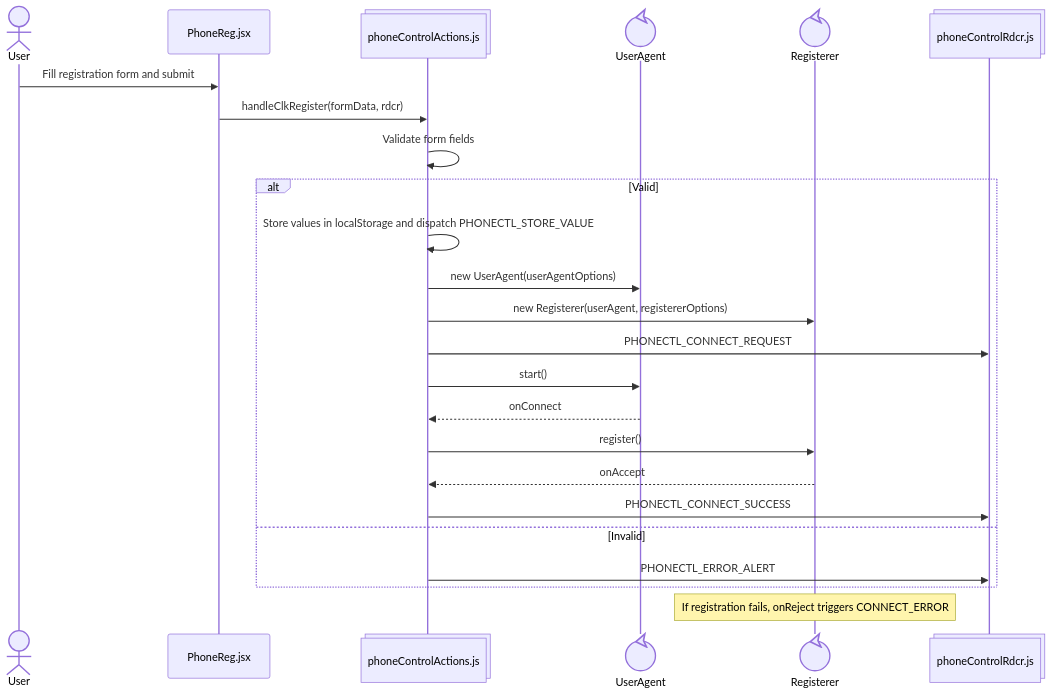
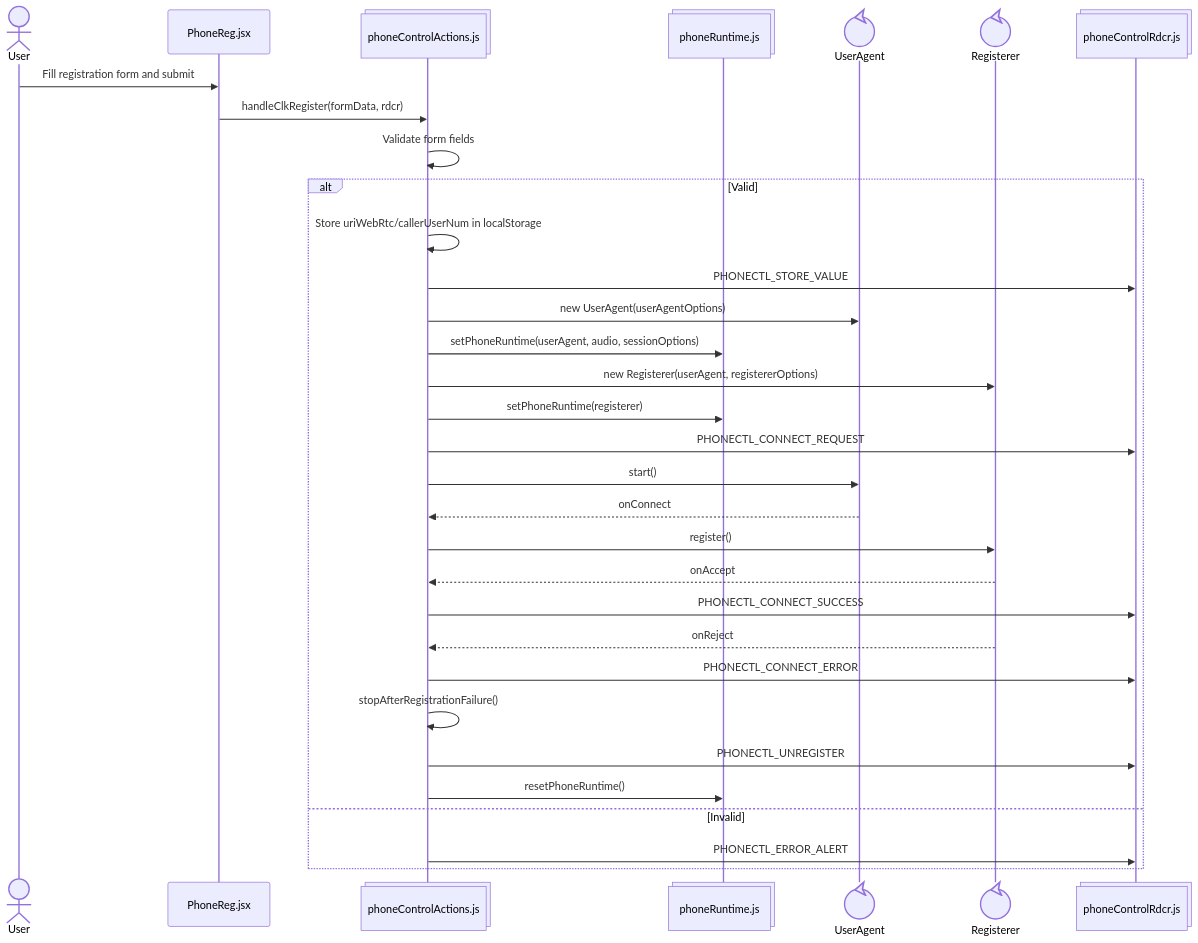
The third of 6 diagrams in phone/README.md (ars-anosov/sipjs-react), drawn with Mermaid before and after one commit. The commit also changed other lines of this file, not shown here.

````diff
--- a/phone/README.md
+++ b/phone/README.md
@@ -47,27 +74,35 @@
 ```mermaid
 sequenceDiagram
   actor User
   participant PhoneReg@{ "type" : "participant", "alias": "PhoneReg.jsx" }
   participant Action@{ "type" : "collections", "alias": "phoneControlActions.js" }
+  participant Runtime@{ "type" : "collections", "alias": "phoneRuntime.js" }
   participant UserAgent@{ "type" : "control" }
   participant Registerer@{ "type" : "control" }
-  participant Dispatch@{ "type" : "collections", "alias": "phoneControlRdcr.js"  }
+  participant Dispatch@{ "type" : "collections", "alias": "phoneControlRdcr.js" }
 
   User->>PhoneReg: Fill registration form and submit
   PhoneReg->>Action: handleClkRegister(formData, rdcr)
   Action->>Action: Validate form fields
   alt Valid
-    Action->>Action: Store values in localStorage and dispatch PHONECTL_STORE_VALUE
+    Action->>Action: Store uriWebRtc/callerUserNum in localStorage
+    Action->>Dispatch: PHONECTL_STORE_VALUE
     Action->>UserAgent: new UserAgent(userAgentOptions)
+    Action->>Runtime: setPhoneRuntime(userAgent, audio, sessionOptions)
     Action->>Registerer: new Registerer(userAgent, registererOptions)
+    Action->>Runtime: setPhoneRuntime(registerer)
     Action->>Dispatch: PHONECTL_CONNECT_REQUEST
     Action->>UserAgent: start()
     UserAgent-->>Action: onConnect
     Action->>Registerer: register()
     Registerer-->>Action: onAccept
     Action->>Dispatch: PHONECTL_CONNECT_SUCCESS
+    Registerer-->>Action: onReject
+    Action->>Dispatch: PHONECTL_CONNECT_ERROR
+    Action->>Action: stopAfterRegistrationFailure()
+    Action->>Dispatch: PHONECTL_UNREGISTER
+    Action->>Runtime: resetPhoneRuntime()
   else Invalid
-      Action->>Dispatch: PHONECTL_ERROR_ALERT
+    Action->>Dispatch: PHONECTL_ERROR_ALERT
   end
-  Note over Registerer: If registration fails, onReject triggers CONNECT_ERROR
 ```
````
